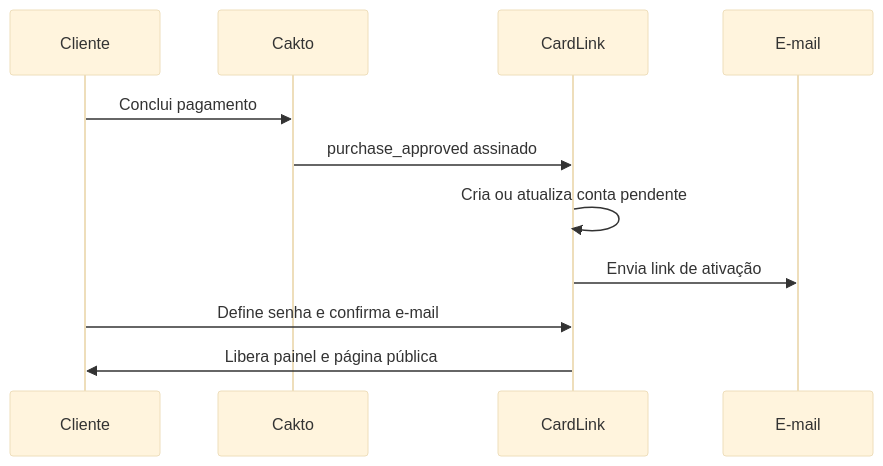
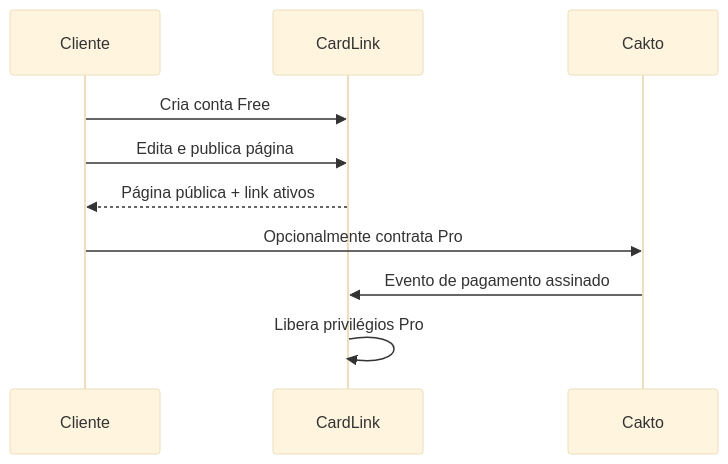
One commit to pmorollo/cardlink changed the second of 2 diagrams in CardLink-Descritivo-Tecnico.md. Above: the diagram before and after it, drawn with Mermaid (base theme). The commit also changed other lines of this file, not shown here.

Commit message:
docs(item4): alinha descritivo tecnico ao modelo Free/Pro homologado

````diff
--- a/CardLink-Descritivo-Tecnico.md
+++ b/CardLink-Descritivo-Tecnico.md
@@ -190,13 +190,12 @@
 ```mermaid
 sequenceDiagram
     participant C as Cliente
+    participant API as CardLink
     participant K as Cakto
-    participant API as CardLink
-    participant E as E-mail
-    C->>K: Conclui pagamento
-    K->>API: purchase_approved assinado
-    API->>API: Cria ou atualiza conta pendente
-    API->>E: Envia link de ativação
-    C->>API: Define senha e confirma e-mail
-    API->>C: Libera painel e página pública
+    C->>API: Cria conta Free
+    C->>API: Edita e publica página
+    API-->>C: Página pública + link ativos
+    C->>K: Opcionalmente contrata Pro
+    K->>API: Evento de pagamento assinado
+    API->>API: Libera privilégios Pro
 ```
````
